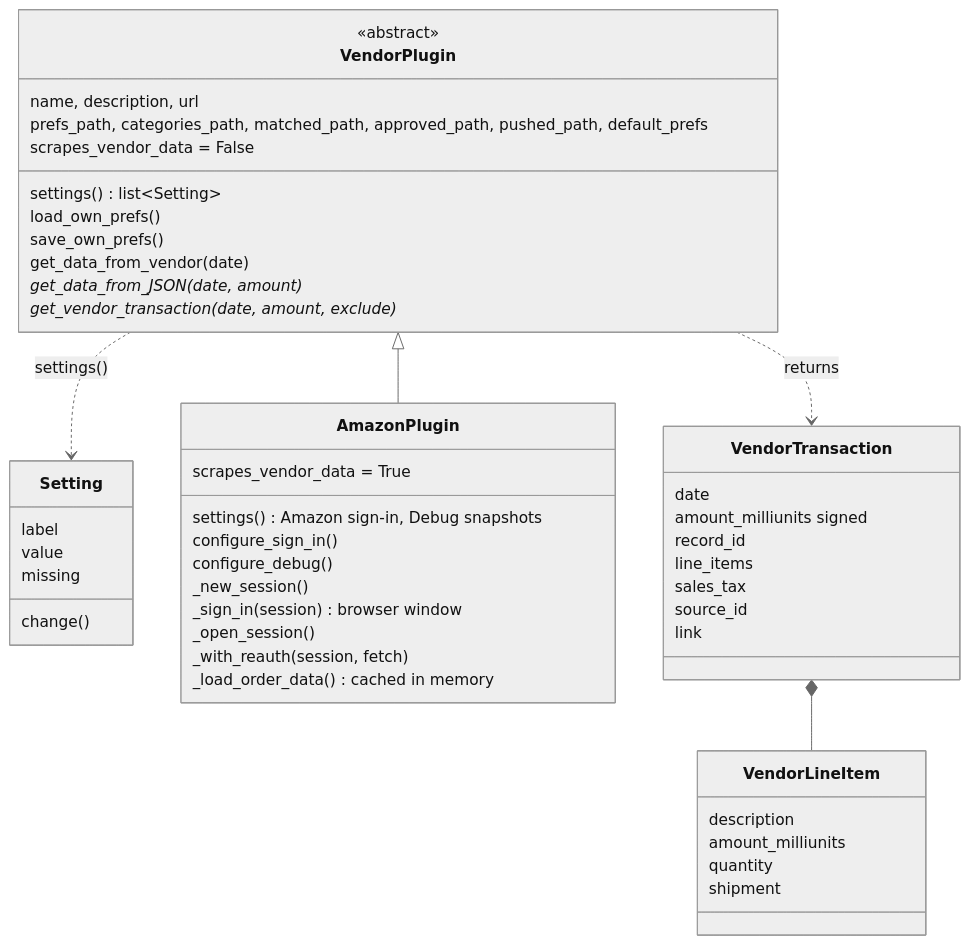
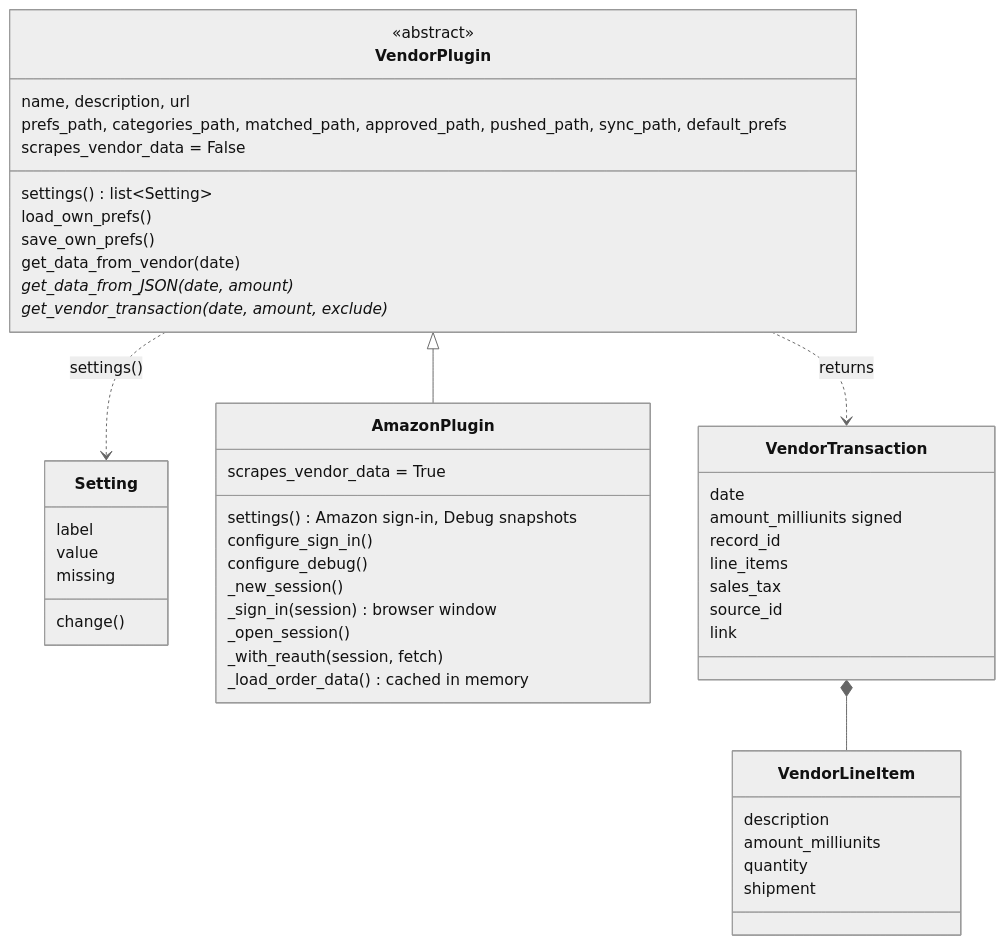
One commit to bikeracer4487/ynab-order-splitter changed the fourth of 5 diagrams in DIAGRAM.md. Above: the diagram before and after it, drawn with Mermaid (neutral theme). The commit also changed other lines of this file and 3 other files, not shown here.

````diff
--- a/DIAGRAM.md
+++ b/DIAGRAM.md
@@ -177,56 +179,56 @@
 ```mermaid
 classDiagram
     class VendorPlugin {
         <<abstract>>
         name, description, url
-        prefs_path, categories_path, matched_path, approved_path, pushed_path, default_prefs
+        prefs_path, categories_path, matched_path, approved_path, pushed_path, sync_path, default_prefs
         scrapes_vendor_data = False
         settings() list~Setting~
         load_own_prefs()
         save_own_prefs()
         get_data_from_vendor(date)
         get_data_from_JSON(date, amount)*
         get_vendor_transaction(date, amount, exclude)*
     }
 
     class Setting {
         label
         value
         change()
         missing
     }
 
     class AmazonPlugin {
         scrapes_vendor_data = True
         settings() Amazon sign-in, Debug snapshots
         configure_sign_in()
         configure_debug()
         _new_session()
         _sign_in(session) browser window
         _open_session()
         _with_reauth(session, fetch)
         _load_order_data() cached in memory
     }
 
     class VendorTransaction {
         date
         amount_milliunits signed
         record_id
         line_items
         sales_tax
         source_id
         link
     }
 
     class VendorLineItem {
         description
         amount_milliunits
         quantity
         shipment
     }
 
     VendorPlugin <|-- AmazonPlugin
     VendorPlugin ..> Setting : settings()
     VendorPlugin ..> VendorTransaction : returns
     VendorTransaction *-- VendorLineItem
 ```
````
